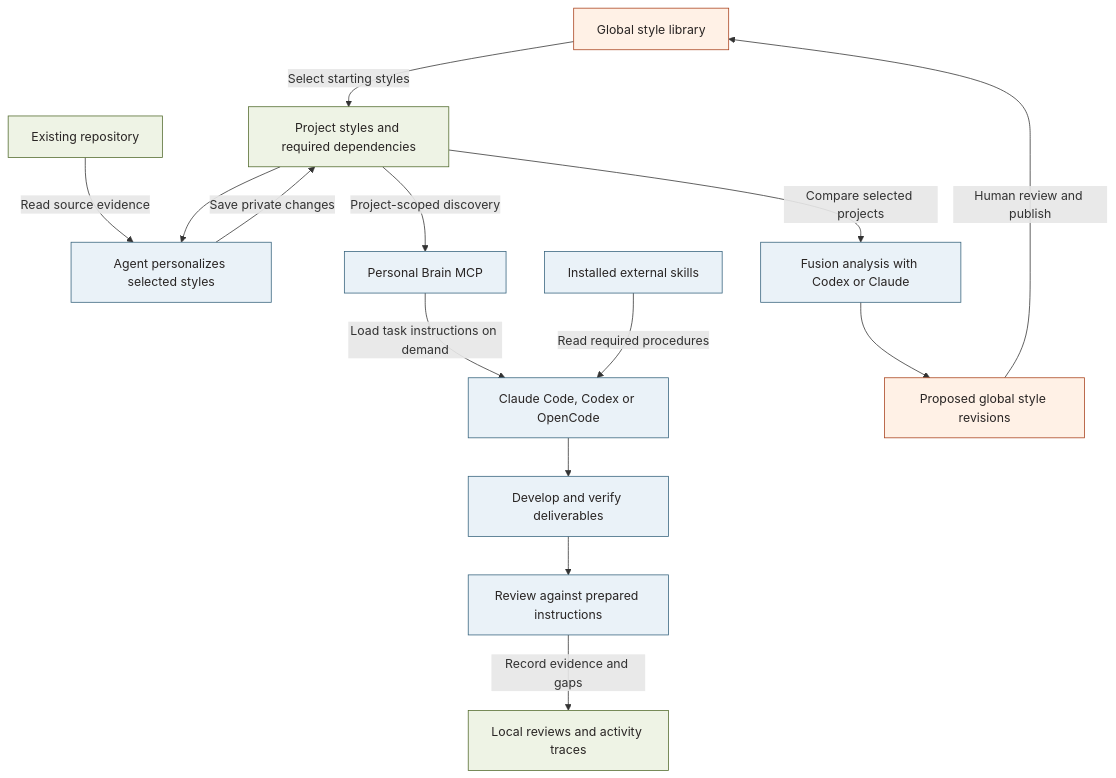
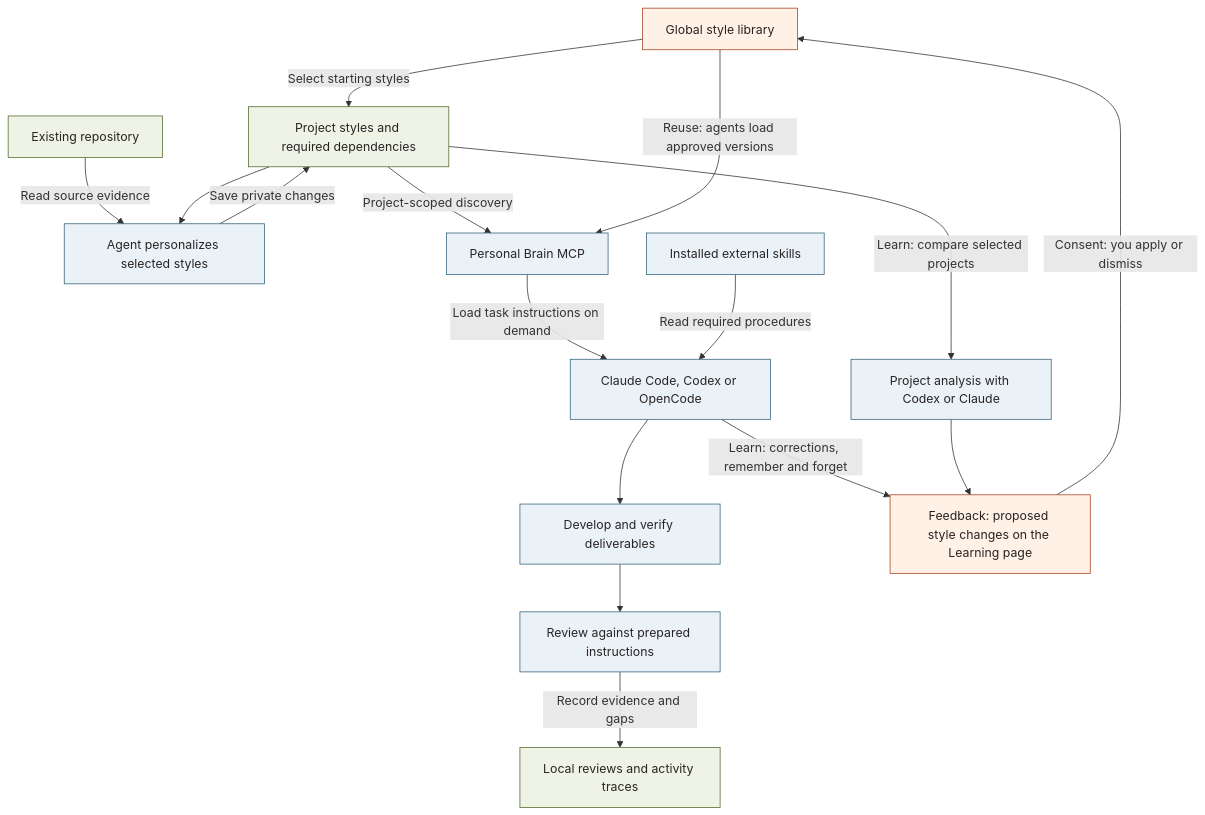
One commit to nghiacr002/personal-brain-style changed the diagram in README.md. Above: the diagram before and after it, drawn with Mermaid. The commit also changed other lines of this file and 44 other files, not shown here.

Commit message:
update fusion to learning loop feature

````diff
--- a/README.md
+++ b/README.md
@@ -13,25 +13,27 @@
 ```mermaid
 flowchart TD
     Library["Global style library"] -->|Select starting styles|Project["Project styles and required dependencies"]
     Repo["Existing repository"] -->|Read source evidence|Personalize["Agent personalizes selected styles"]
     Project --> Personalize
     Personalize -->|Save private changes|Project
 
     Project -->|Project-scoped discovery|MCP["Personal Brain MCP"]
     MCP -->|Load task instructions on demand|Agent["Claude Code, Codex or OpenCode"]
     Skills["Installed external skills"] -->|Read required procedures|Agent
     Agent --> Work["Develop and verify deliverables"]
     Work --> Review["Review against prepared instructions"]
     Review -->|Record evidence and gaps|Trace["Local reviews and activity traces"]
 
-    Project -->|Compare selected projects|Fusion["Fusion analysis with Codex or Claude"]
-    Fusion --> Proposals["Proposed global style revisions"]
-    Proposals -->|Human review and publish|Library
+    Agent -->|Learn: corrections, remember and forget|Proposals
+    Project -->|Learn: compare selected projects|Analysis["Project analysis with Codex or Claude"]
+    Analysis --> Proposals["Feedback: proposed style changes on the Learning page"]
+    Proposals -->|Consent: you apply or dismiss|Library
+    Library -->|Reuse: agents load approved versions|MCP
 
     classDef shared fill:#fff1e6,stroke:#a9431e,color:#292524;
     classDef project fill:#eef3e5,stroke:#526b2d,color:#292524;
     classDef agent fill:#eaf2f8,stroke:#36637d,color:#292524;
     class Library,Proposals shared;
     class Project,Repo,Trace project;
-    class Personalize,MCP,Agent,Skills,Work,Review,Fusion agent;
+    class Personalize,MCP,Agent,Skills,Work,Review,Analysis agent;
 ```
````
